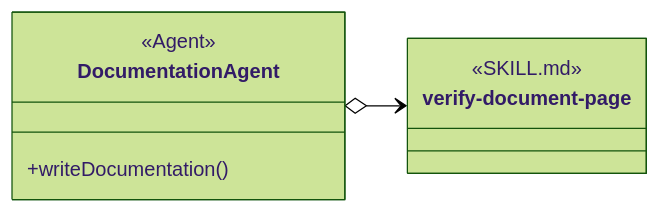
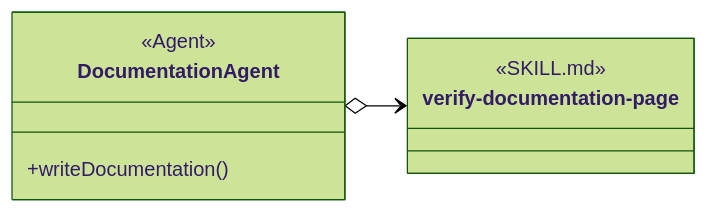
Before and after one commit to martinbechard/dev-methodology: the third of 16 diagrams in design/object-oriented-agent-and-skill-model.md, drawn with Mermaid (forest theme). The commit also changed other lines of this file and 10 other files, not shown here.

````diff
--- a/design/object-oriented-agent-and-skill-model.md
+++ b/design/object-oriented-agent-and-skill-model.md
@@ -115,16 +115,16 @@
 ```mermaid
 classDiagram
     direction LR
 
     class DocumentationAgent {
         <<Agent>>
         +writeDocumentation()
     }
 
-    class verify-document-page {
+    class verify-documentation-page {
         <<SKILL.md>>
         <<Agent Skill>>
     }
 
-    DocumentationAgent o--> verify-document-page
+    DocumentationAgent o--> verify-documentation-page
 ```
````
